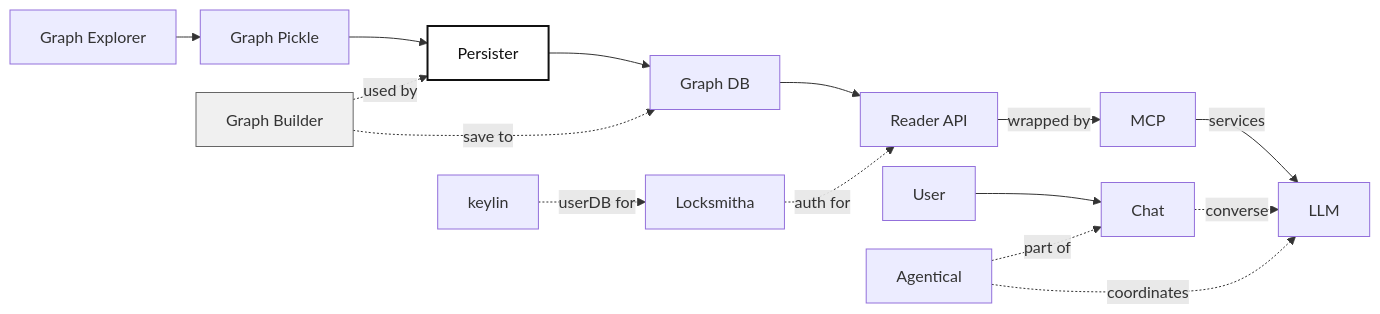
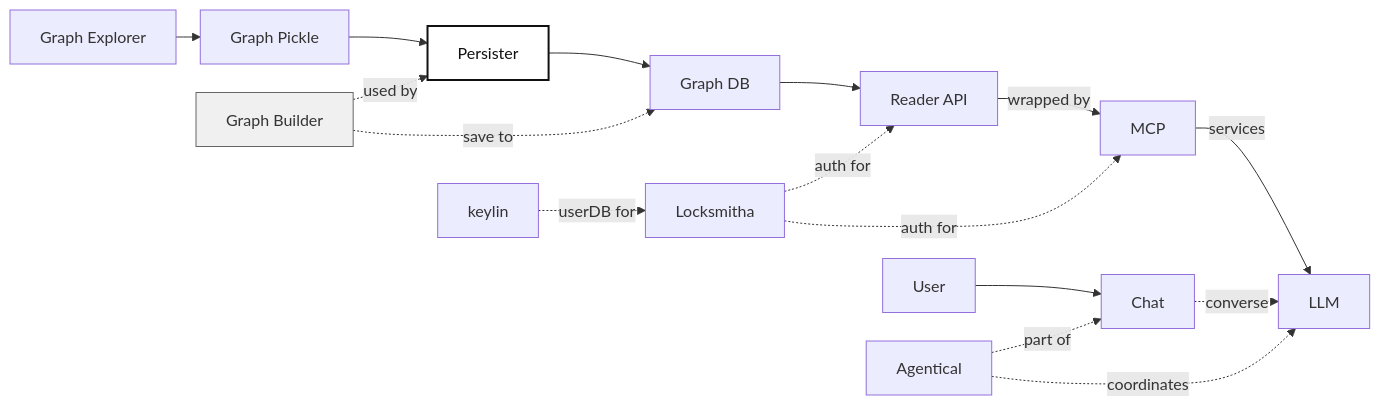
Before and after one commit to beanone/graph_persister: the diagram in README.md, drawn with Mermaid.

````diff
--- a/README.md
+++ b/README.md
@@ -11,22 +11,23 @@
 ```mermaid
 %%{init: {'flowchart': {'nodeSpacing': 20, 'rankSpacing': 20}} }%%
 flowchart LR
     A[Graph Explorer] --> H[Graph Pickle]
     H --> B[Persister]
     B --> C[Graph DB]
     C --> D[Reader API]
     D -->|wrapped by| E[MCP]
     E -->|services| L[LLM]
 
     G[Graph Builder] -.->|used by| B
     G -.->|save to| C
     User --> T[Chat]
     F[Agentical] -.->|part of| T
     T -.->|converse| L
     F -.->|coordinates| L
     M[Locksmitha] -.->|auth for| D
+    M -.->|auth for| E
     N[keylin] -.->|userDB for| M
 
     style B fill:#fff,stroke:#111,stroke-width:2px,color:#111
     style G fill:#f0f0f0,stroke:#666,stroke-width:1px,color:#333
 ```
````
